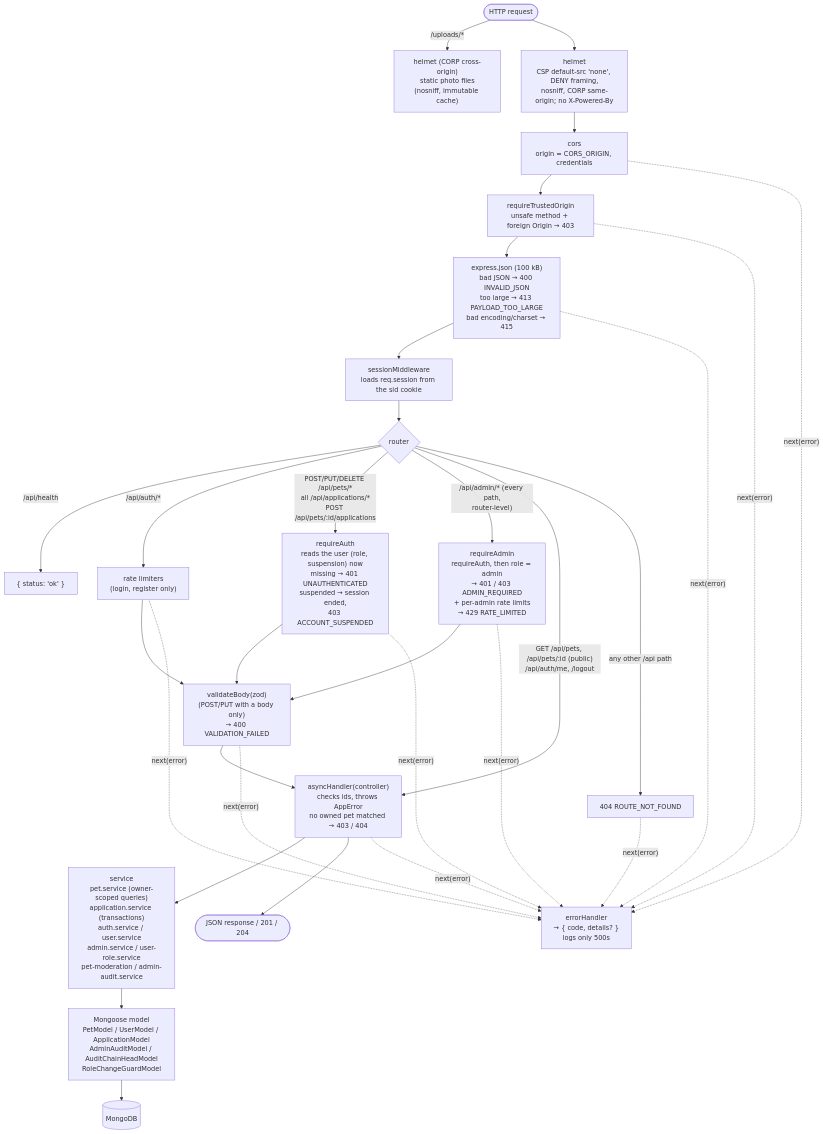
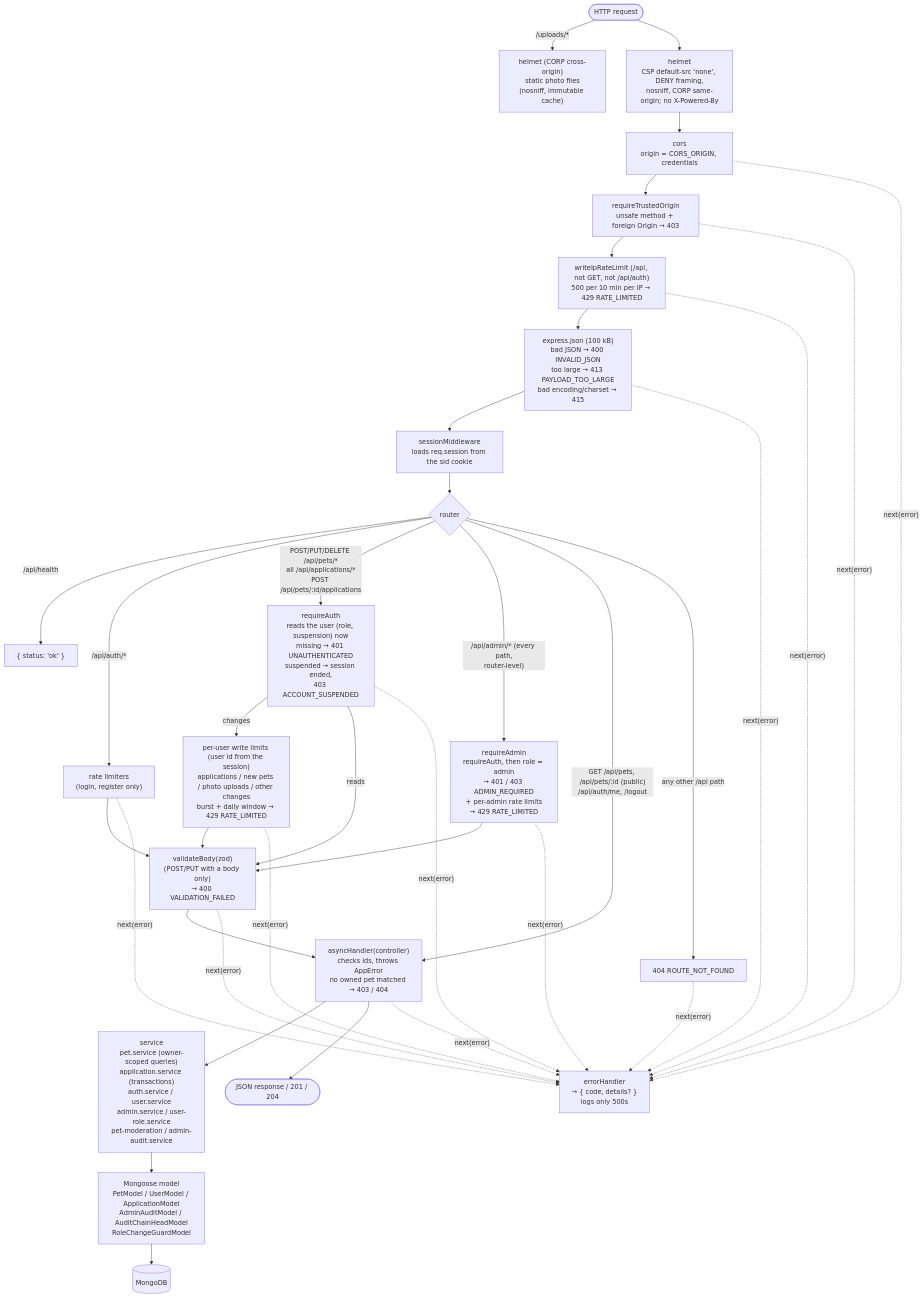
The third of 14 diagrams in docs/architecture.md (BojanSovtic/pet-adoption-system), drawn with Mermaid before and after one commit. The commit also changed other lines of this file and 12 other files, not shown here.

Commit message:
feat: add per-user and per-IP rate limits on write operations

````diff
--- a/docs/architecture.md
+++ b/docs/architecture.md
@@ -101,28 +101,31 @@
 ```mermaid
 flowchart TB
   req(["HTTP request"]) -- "/uploads/*" --> files["helmet (CORP cross-origin)<br/>static photo files<br/>(nosniff, immutable cache)"]
   req --> headers["helmet<br/>CSP default-src 'none', DENY framing,<br/>nosniff, CORP same-origin; no X-Powered-By"]
   headers --> cors["cors<br/>origin = CORS_ORIGIN, credentials"]
   cors --> origin["requireTrustedOrigin<br/>unsafe method + foreign Origin → 403"]
-  origin --> json["express.json (100 kB)<br/>bad JSON → 400 INVALID_JSON<br/>too large → 413 PAYLOAD_TOO_LARGE<br/>bad encoding/charset → 415"]
+  origin --> ipwrite["writeIpRateLimit (/api, not GET, not /api/auth)<br/>500 per 10 min per IP → 429 RATE_LIMITED"]
+  ipwrite --> json["express.json (100 kB)<br/>bad JSON → 400 INVALID_JSON<br/>too large → 413 PAYLOAD_TOO_LARGE<br/>bad encoding/charset → 415"]
   json --> session["sessionMiddleware<br/>loads req.session from the sid cookie"]
   session --> router{"router"}
 
   router -- "/api/health" --> health["{ status: 'ok' }"]
   router -- "/api/auth/*" --> rate["rate limiters<br/>(login, register only)"]
   router -- "POST/PUT/DELETE /api/pets/*<br/>all /api/applications/*<br/>POST /api/pets/:id/applications" --> auth["requireAuth<br/>reads the user (role, suspension) now<br/>missing → 401 UNAUTHENTICATED<br/>suspended → session ended,<br/>403 ACCOUNT_SUSPENDED"]
+  auth -- "changes" --> userrate["per-user write limits (user id from the session)<br/>applications / new pets / photo uploads / other changes<br/>burst + daily window → 429 RATE_LIMITED"]
   router -- "/api/admin/* (every path,<br/>router-level)" --> admin["requireAdmin<br/>requireAuth, then role = admin<br/>→ 401 / 403 ADMIN_REQUIRED<br/>+ per-admin rate limits<br/>→ 429 RATE_LIMITED"]
   router -- "GET /api/pets, /api/pets/:id (public)<br/>/api/auth/me, /logout" --> controller
   router -- "any other /api path" --> notfound["404 ROUTE_NOT_FOUND"]
 
   rate --> validate["validateBody(zod)<br/>(POST/PUT with a body only)<br/>→ 400 VALIDATION_FAILED"]
-  auth --> validate
+  auth -- "reads" --> validate
+  userrate --> validate
   admin --> validate
   validate --> controller["asyncHandler(controller)<br/>checks ids, throws AppError<br/>no owned pet matched → 403 / 404"]
   controller --> service["service<br/>pet.service (owner-scoped queries)<br/>application.service (transactions)<br/>auth.service / user.service<br/>admin.service / user-role.service<br/>pet-moderation / admin-audit.service"]
   service --> model["Mongoose model<br/>PetModel / UserModel / ApplicationModel<br/>AdminAuditModel / AuditChainHeadModel<br/>RoleChangeGuardModel"]
   model --> db[("MongoDB")]
   controller --> ok(["JSON response / 201 / 204"])
 
-  cors & origin & json & rate & auth & admin & validate & controller & notfound -. "next(error)" .-> handler["errorHandler<br/>→ { code, details? }<br/>logs only 500s"]
+  cors & origin & ipwrite & json & rate & auth & userrate & admin & validate & controller & notfound -. "next(error)" .-> handler["errorHandler<br/>→ { code, details? }<br/>logs only 500s"]
 ```
````
